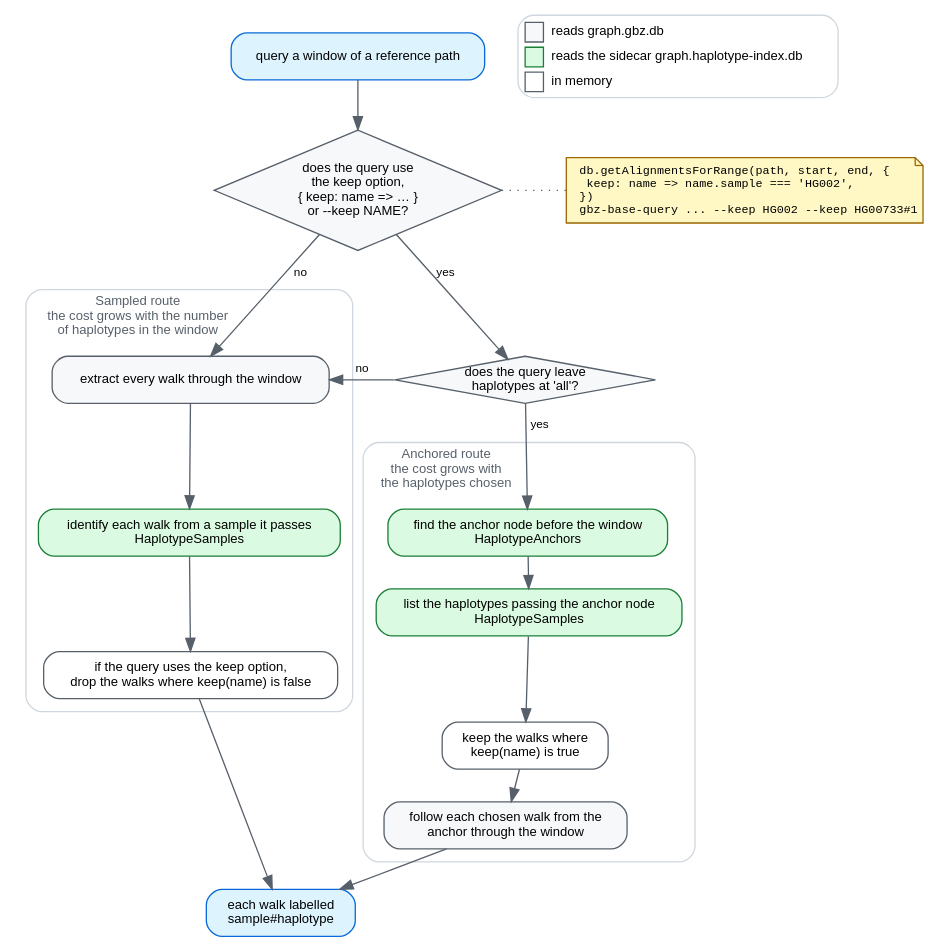
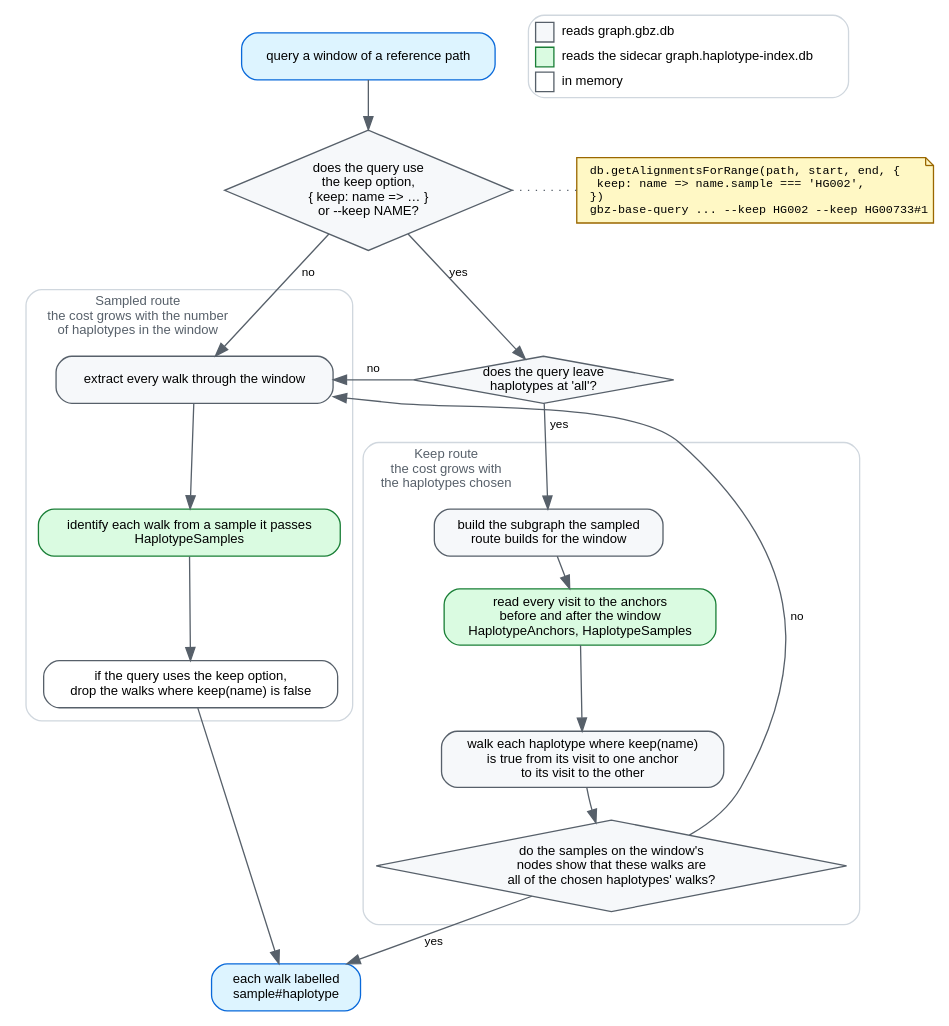
Before and after one commit to GMOD/gbz-base-js: the diagram in docs/img/naming-routes.dot, drawn with Graphviz. The commit also changed 9 other files, not shown here.

First line of the commit message:
Docs: the keep route's checks, its measured limit, and the tutorial timings

```diff
--- a/docs/img/naming-routes.dot
+++ b/docs/img/naming-routes.dot
@@ -1,77 +1,76 @@
 // Source for docs/img/naming-routes.svg, which docs/haplotype-index.md embeds.
 // Regenerate with: dot -Tsvg docs/img/naming-routes.dot -o docs/img/naming-routes.svg
 // Palette matches dataflow.dot.
 //
-// Main paths only. The anchored route's two fallbacks (a chosen haplotype
-// missing from the anchor, a walk that never reaches the window) are prose in
-// haplotype-index.md; drawn, their dashed edges crossed both clusters and
-// buried the choice the diagram exists to show.
+// Main paths only. The keep route's checks are one decision node here, and
+// haplotype-index.md lists them.
 digraph namingroutes {
   rankdir=TB
   bgcolor="white"
   nodesep=0.35
   ranksep=0.32
   newrank=true
   node [shape=box style="filled,rounded" fillcolor="#f6f8fa" color="#57606a"
         fontname="Helvetica" fontsize=10 margin="0.14,0.07"]
   edge [color="#57606a" fontname="Helvetica" fontsize=9]
 
   query  [label="query a window of a reference path" fillcolor="#ddf4ff" color="#0969da"]
   choose [label="does the query use\nthe keep option,\n{ keep: name => … }\nor --keep NAME?" shape=diamond style=filled margin="0.02,0.02"]
   anchors [label="does the query leave\nhaplotypes at 'all'?" shape=diamond style=filled margin="0.02,0.02"]
   how    [label="db.getAlignmentsForRange(path, start, end, {\l  keep: name => name.sample === 'HG002',\l})\lgbz-base-query ... --keep HG002 --keep HG00733#1\l"
           shape=note fontname="Courier" fontsize=9 fillcolor="#fff8c5" color="#9a6700"]
   { rank=same; choose; how }
   choose -> how [style=dotted arrowhead=none]
   out    [label="each walk labelled\nsample#haplotype" fillcolor="#ddf4ff" color="#0969da"]
 
   legend [shape=plaintext style="" margin=0 label=<
     <table border="1" color="#d0d7de" cellborder="0" cellspacing="4" cellpadding="2" style="rounded">
       <tr><td border="1" bgcolor="#f6f8fa" color="#57606a" width="14"></td><td align="left">reads graph.gbz.db</td></tr>
       <tr><td border="1" bgcolor="#dafbe1" color="#1a7f37" width="14"></td><td align="left">reads the sidecar graph.haplotype-index.db</td></tr>
       <tr><td border="1" bgcolor="white" color="#57606a" width="14"></td><td align="left">in memory</td></tr>
     </table>>]
   { rank=same; query; legend }
 
   query -> choose
 
   subgraph cluster_sampled {
     label="Sampled route\nthe cost grows with the number\nof haplotypes in the window"
     labelloc="t"
     labeljust="l"
     fontname="Helvetica"
     fontsize=10
     fontcolor="#57606a"
     color="#d0d7de"
     style="rounded"
     margin=10
     s1 [label="extract every walk through the window"]
     s2 [label="identify each walk from a sample it passes\nHaplotypeSamples" fillcolor="#dafbe1" color="#1a7f37"]
     s3 [label="if the query uses the keep option,\ndrop the walks where keep(name) is false" fillcolor="white"]
     s1 -> s2 -> s3
   }
 
-  subgraph cluster_anchored {
-    label="Anchored route\nthe cost grows with\nthe haplotypes chosen"
+  subgraph cluster_keep {
+    label="Keep route\nthe cost grows with\nthe haplotypes chosen"
     labelloc="t"
     labeljust="l"
     fontname="Helvetica"
     fontsize=10
     fontcolor="#57606a"
     color="#d0d7de"
     style="rounded"
     margin=10
-    a1 [label="find the anchor node before the window\nHaplotypeAnchors" fillcolor="#dafbe1" color="#1a7f37"]
-    a2 [label="list the haplotypes passing the anchor node\nHaplotypeSamples" fillcolor="#dafbe1" color="#1a7f37"]
-    a2b [label="keep the walks where\nkeep(name) is true" fillcolor="white"]
-    a3 [label="follow each chosen walk from the\nanchor through the window"]
-    a1 -> a2 -> a2b -> a3
+    k1 [label="build the subgraph the sampled\nroute builds for the window"]
+    k2 [label="read every visit to the anchors\nbefore and after the window\nHaplotypeAnchors, HaplotypeSamples" fillcolor="#dafbe1" color="#1a7f37"]
+    k3 [label="walk each haplotype where keep(name)\nis true from its visit to one anchor\nto its visit to the other"]
+    k4 [label="do the samples on the window's\nnodes show that these walks are\nall of the chosen haplotypes' walks?" shape=diamond style=filled margin="0.02,0.02"]
+    k1 -> k2 -> k3 -> k4
   }
 
   choose -> s1 [label=" no "]
   choose -> anchors [label=" yes "]
   anchors -> s1 [label=" no " constraint=false]
-  anchors -> a1 [label=" yes "]
+  anchors -> k1 [label=" yes "]
+  k4 -> s1 [label=" no " constraint=false]
   s3 -> out
-  a3 -> out
+  k4 -> out [label=" yes "]
 }
```
